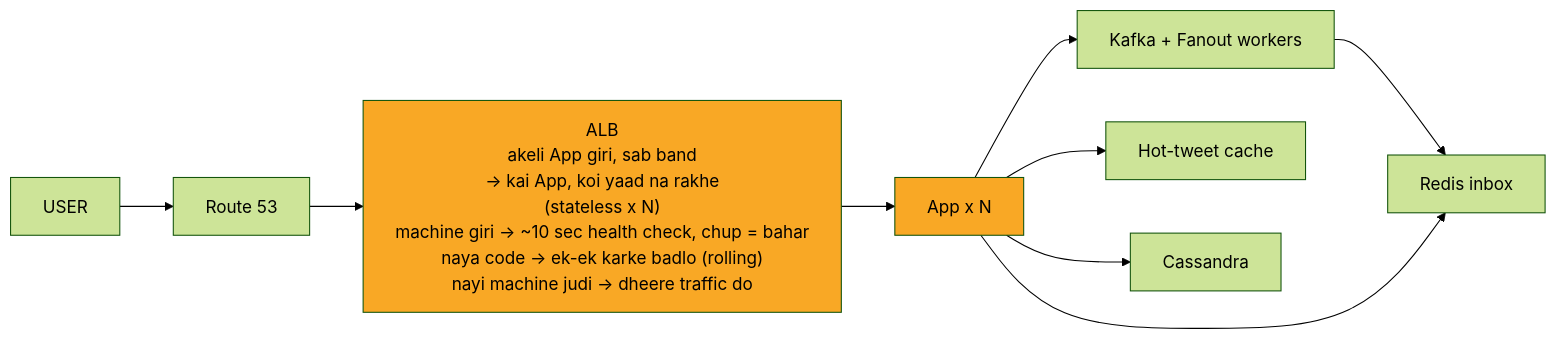
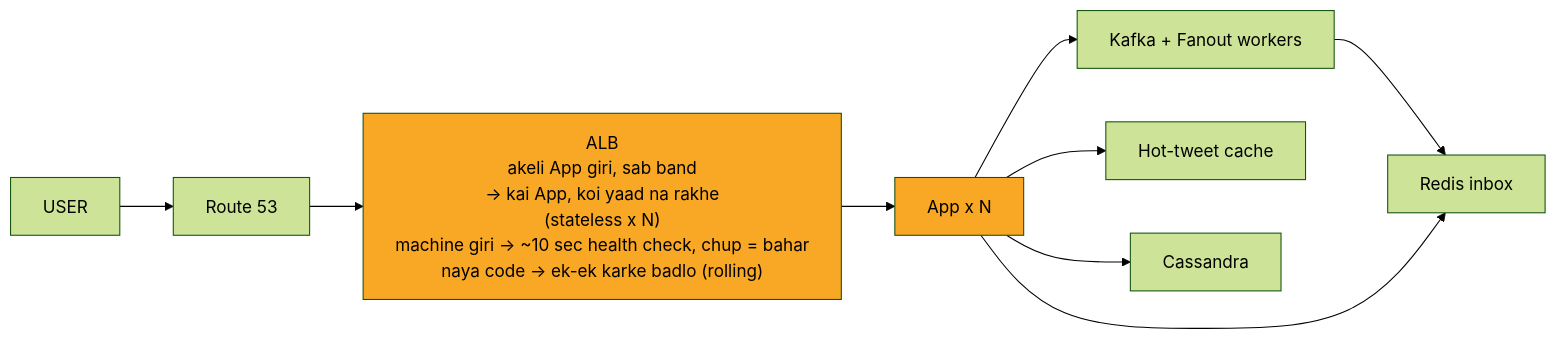
One commit to ArpanMaheshwari144/Prep changed the ninth of 12 diagrams in 04_HLD/SYSTEM_DESIGNS/03_twitter_feed/03_twitter_feed.md. Above: the diagram before and after it, drawn with Mermaid (forest theme). The commit also changed other lines of this file and 13 other files, not shown here.

````diff
--- a/04_HLD/SYSTEM_DESIGNS/03_twitter_feed/03_twitter_feed.md
+++ b/04_HLD/SYSTEM_DESIGNS/03_twitter_feed/03_twitter_feed.md
@@ -381,22 +381,22 @@
 ```mermaid
 %%{init: {"flowchart": {"wrappingWidth": 450}}}%%
 flowchart LR
     n_USER["USER"]
     n_Route_53["Route 53"]
-    n_ALB["ALB<br/>akeli App giri, sab band<br/>-> kai App, koi yaad na rakhe<br/>(stateless x N)<br/>machine giri -> ~10 sec health check, chup = bahar<br/>naya code -> ek-ek karke badlo (rolling)<br/>nayi machine judi -> dheere traffic do"]
+    n_ALB["ALB<br/>akeli App giri, sab band<br/>-> kai App, koi yaad na rakhe<br/>(stateless x N)<br/>machine giri -> ~10 sec health check, chup = bahar<br/>naya code -> ek-ek karke badlo (rolling)"]
     n_App_xN["App x N"]
     n_FAN["Kafka + Fanout workers"]
     n_Redis_inbox["Redis inbox"]
     n_Hot_tweet_cache["Hot-tweet cache"]
     n_Cassandra["Cassandra"]
     n_USER --> n_Route_53
     n_Route_53 --> n_ALB
     n_ALB --> n_App_xN
     n_App_xN --> n_FAN
     n_App_xN --> n_Hot_tweet_cache
     n_App_xN --> n_Cassandra
     n_FAN --> n_Redis_inbox
     n_App_xN --> n_Redis_inbox
     style n_ALB fill:#f9a825,color:#000
     style n_App_xN fill:#f9a825,color:#000
 ```
````
